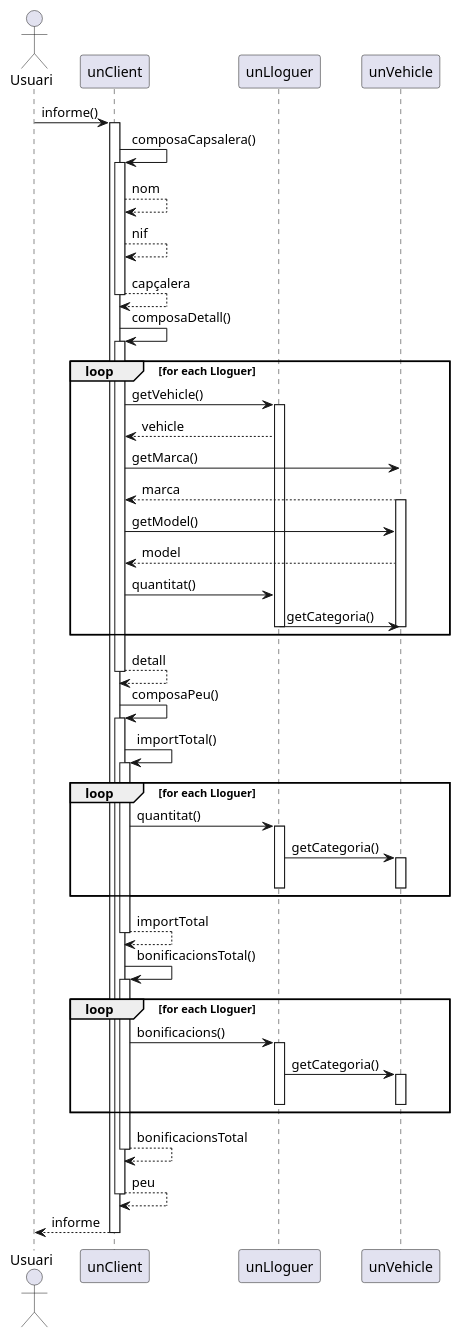
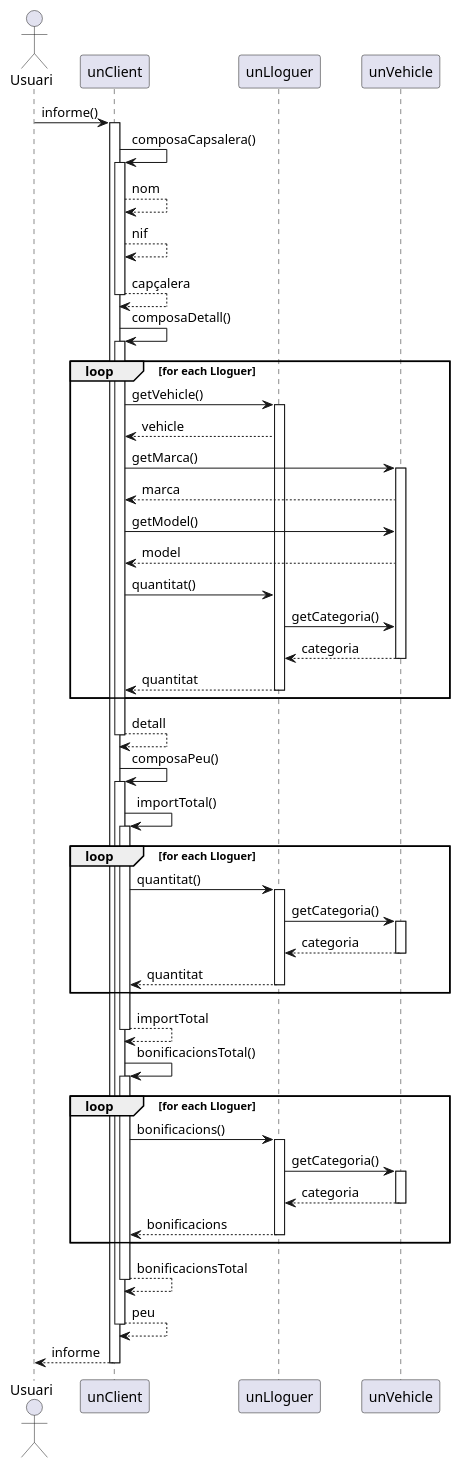
The second of 2 diagrams in reuse/diagrams.md (paupedros/introrpg), drawn with PlantUML before and after one commit. The commit also changed 2 other files, not shown here.

Commit message:
updated 27 sequence diagram with return arrows

```diff
--- a/reuse/diagrams.md
+++ b/reuse/diagrams.md
@@ -41,59 +41,65 @@
 @startuml
 actor Usuari
 
 Usuari -> unClient: informe()
 activate unClient
 
 unClient -> unClient: composaCapsalera()
 activate unClient
 unClient --> unClient: nom
 unClient --> unClient: nif
 return capçalera
 
 unClient -> unClient: composaDetall()
 activate unClient
 loop for each Lloguer
     unClient -> unLloguer: getVehicle()
     activate unLloguer
     unLloguer --> unClient: vehicle
     unClient -> unVehicle: getMarca()
+    activate unVehicle
     unVehicle --> unClient: marca
-    activate unVehicle
     unClient -> unVehicle: getModel()
     unVehicle --> unClient: model
     unClient -> unLloguer: quantitat()
     unLloguer -> unVehicle: getCategoria()
+    unVehicle --> unLloguer: categoria
     deactivate unVehicle
+    unLloguer --> unClient: quantitat
     deactivate unLloguer
 end
 return detall
 
 unClient -> unClient: composaPeu()
 activate unClient
 unClient -> unClient: importTotal()
 activate unClient
 loop for each Lloguer
     unClient -> unLloguer: quantitat()
     activate unLloguer
     unLloguer -> unVehicle: getCategoria()
     activate unVehicle
+    unVehicle --> unLloguer: categoria
     deactivate unVehicle
+    unLloguer --> unClient: quantitat
     deactivate unLloguer
 end
 return importTotal
 unClient -> unClient: bonificacionsTotal()
 activate unClient
 
 loop for each Lloguer
     unClient -> unLloguer: bonificacions()
     activate unLloguer
     unLloguer -> unVehicle: getCategoria()
     activate unVehicle
+    unVehicle --> unLloguer: categoria
     deactivate unVehicle
+    unLloguer --> unClient: bonificacions
     deactivate unLloguer
 end
 return bonificacionsTotal
 return peu
 
 return informe
 @enduml
```
